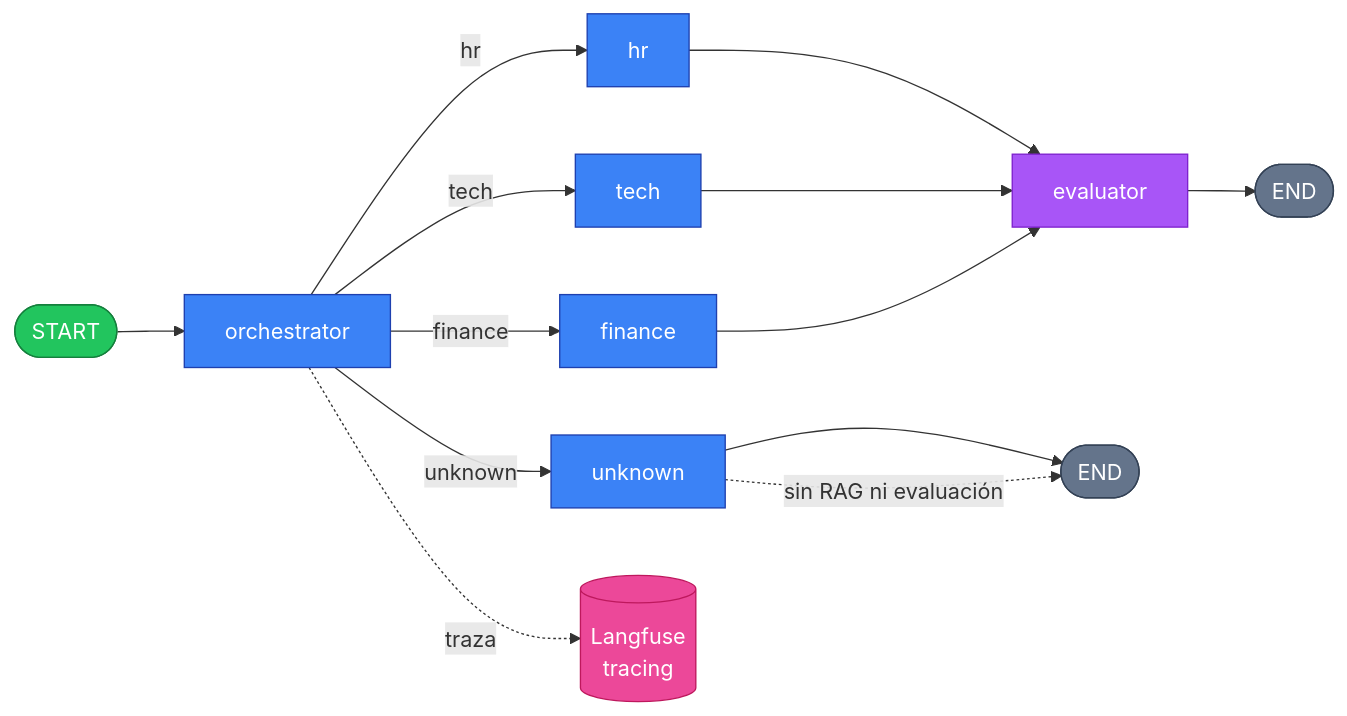
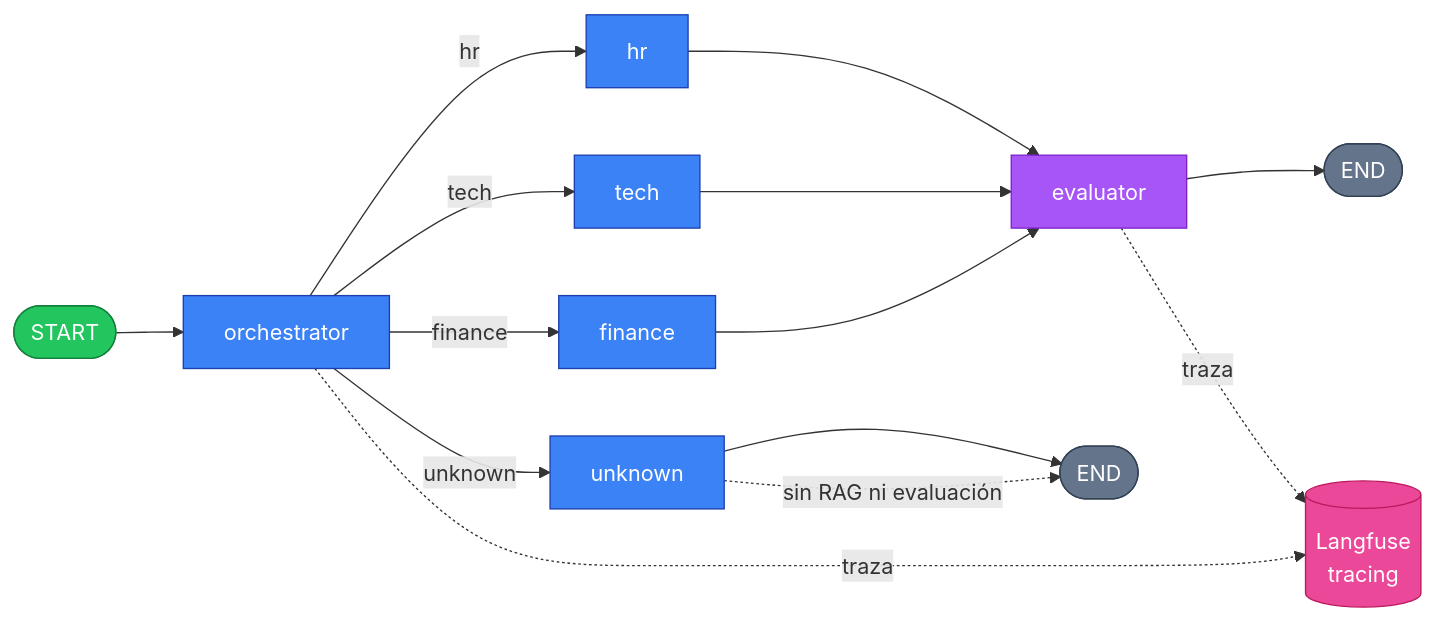
The diagram in README.md (ivancanga/HENRY_M3_PI), drawn with Mermaid before and after one commit. The commit also changed other lines of this file and 1 other file, not shown here.

````diff
--- a/README.md
+++ b/README.md
@@ -3,33 +24,34 @@
 ```mermaid
 flowchart LR
     START([START]) --> ORCH[orchestrator]
 
     ORCH -->|hr| HR[hr]
     ORCH -->|tech| TECH[tech]
     ORCH -->|finance| FIN[finance]
     ORCH -->|unknown| UNK[unknown]
 
     HR --> EVAL[evaluator]
     TECH --> EVAL
     FIN --> EVAL
 
     EVAL --> FIN_END([END])
     UNK --> UNK_END([END])
 
     UNK -.->|sin RAG ni evaluación| UNK_END
 
     LF[(Langfuse<br/>tracing)]
     ORCH -. traza .-> LF
+    EVAL -. traza .-> LF
 
     classDef start fill:#22c55e,stroke:#15803d,color:#fff;
     classDef node fill:#3b82f6,stroke:#1e40af,color:#fff;
     classDef eval fill:#a855f7,stroke:#7e22ce,color:#fff;
     classDef ending fill:#64748b,stroke:#334155,color:#fff;
     classDef obs fill:#ec4899,stroke:#be185d,color:#fff;
 
     class START start;
     class ORCH,HR,TECH,FIN,UNK node;
     class EVAL eval;
     class FIN_END,UNK_END ending;
     class LF obs;
 ```
````
